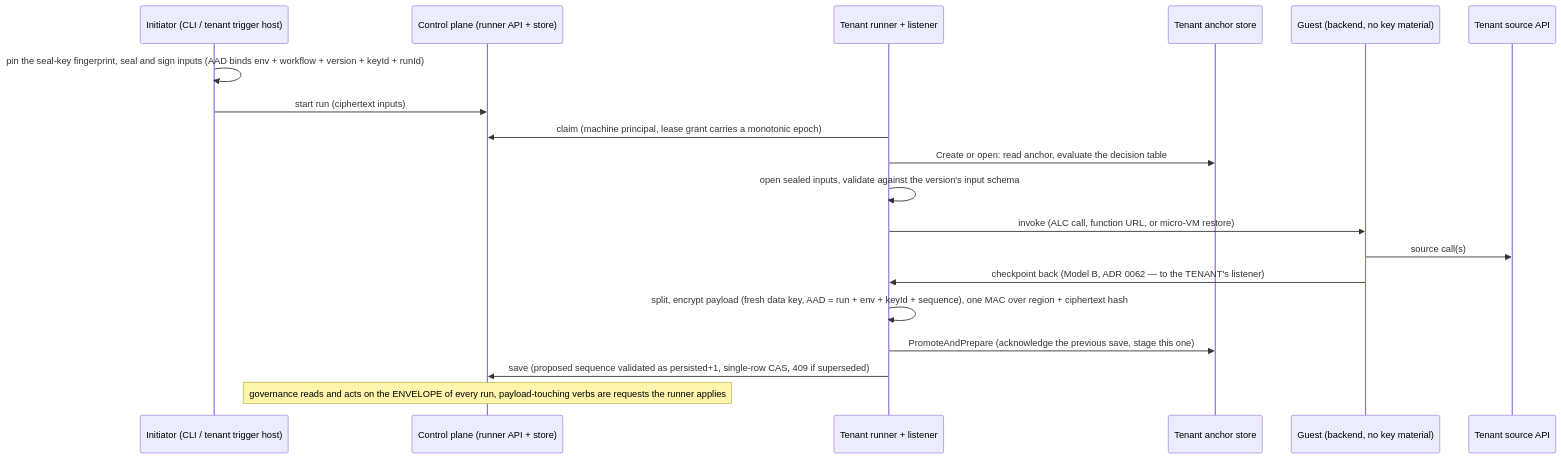
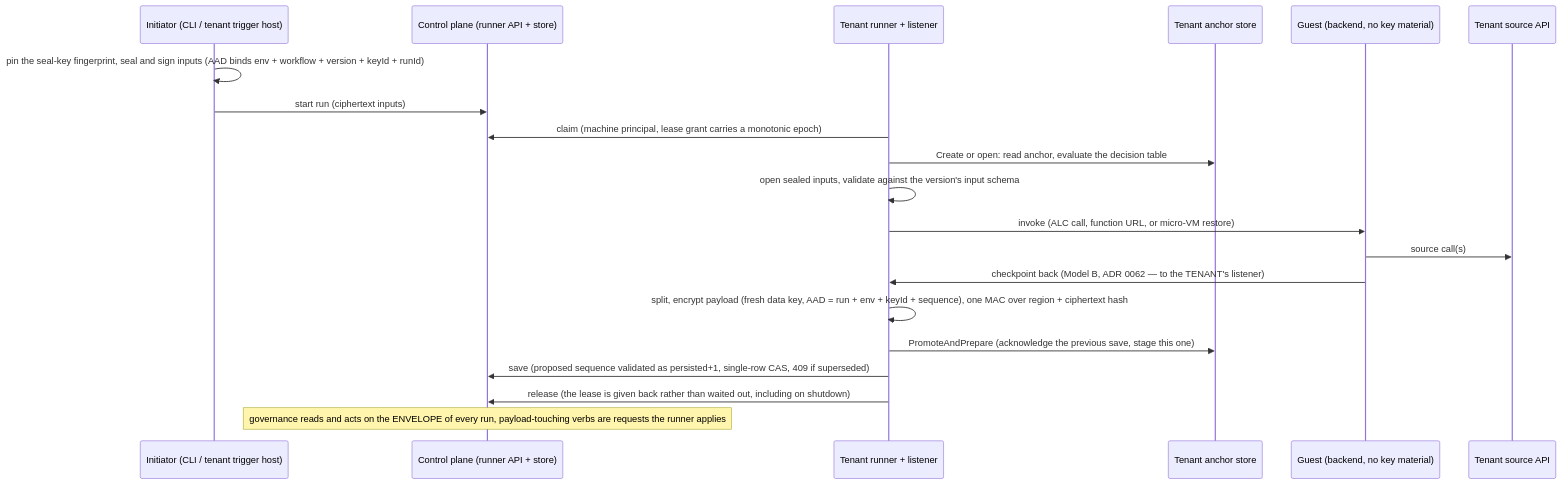
Before and after one commit to corvus-dotnet/Corvus.JsonSchema: the third of 3 diagrams in docs/arazzo/adr/0065-control-plane-owns-store-runners-encrypt-payload.md, drawn with Mermaid. The commit also changed 7 other files, not shown here.

````diff
--- a/docs/arazzo/adr/0065-control-plane-owns-store-runners-encrypt-payload.md
+++ b/docs/arazzo/adr/0065-control-plane-owns-store-runners-encrypt-payload.md
@@ -438,21 +438,22 @@
 ```mermaid
 sequenceDiagram
   participant I as Initiator (CLI / tenant trigger host)
   participant CP as Control plane (runner API + store)
   participant R as Tenant runner + listener
   participant A as Tenant anchor store
   participant G as Guest (backend, no key material)
   participant S as Tenant source API
   I->>I: pin the seal-key fingerprint, seal and sign inputs (AAD binds env + workflow + version + keyId + runId)
   I->>CP: start run (ciphertext inputs)
   R->>CP: claim (machine principal, lease grant carries a monotonic epoch)
   R->>A: Create or open: read anchor, evaluate the decision table
   R->>R: open sealed inputs, validate against the version's input schema
   R->>G: invoke (ALC call, function URL, or micro-VM restore)
   G->>S: source call(s)
   G->>R: checkpoint back (Model B, ADR 0062 — to the TENANT's listener)
   R->>R: split, encrypt payload (fresh data key, AAD = run + env + keyId + sequence), one MAC over region + ciphertext hash
   R->>A: PromoteAndPrepare (acknowledge the previous save, stage this one)
   R->>CP: save (proposed sequence validated as persisted+1, single-row CAS, 409 if superseded)
+  R->>CP: release (the lease is given back rather than waited out, including on shutdown)
   Note over CP: governance reads and acts on the ENVELOPE of every run, payload-touching verbs are requests the runner applies
 ```
````
